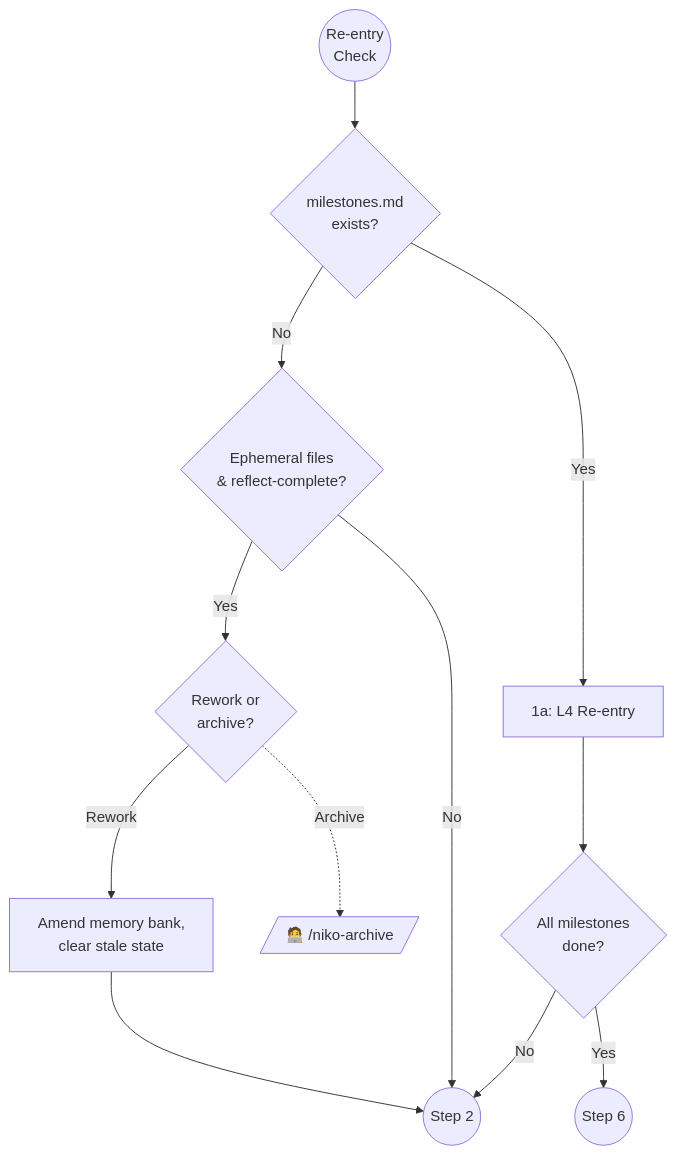
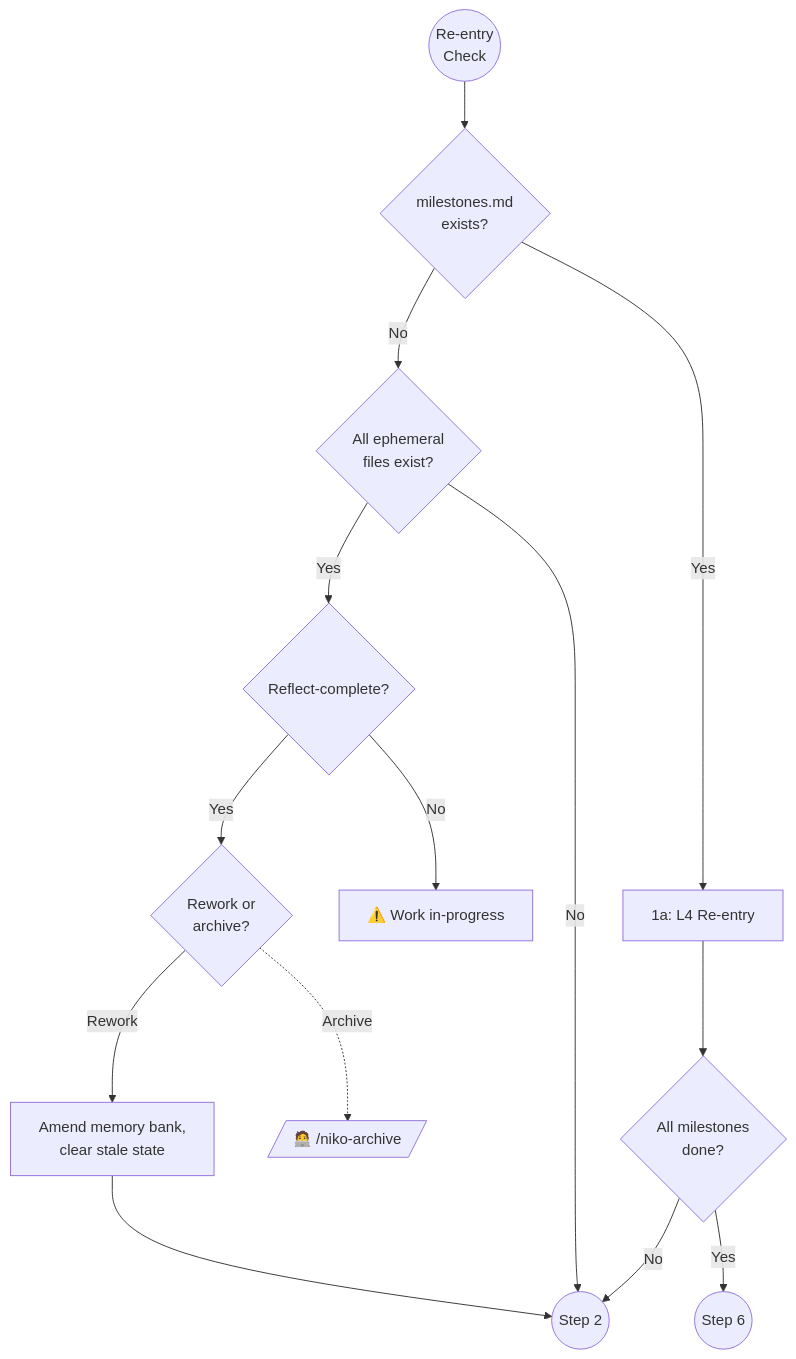
One commit to Texarkanine/.cursor-rules changed the first of 2 diagrams in rulesets/niko2/niko/core/complexity-analysis.mdc. Above: the diagram before and after it, drawn with Mermaid. The commit also changed other lines of this file, not shown here.

````diff
--- a/rulesets/niko2/niko/core/complexity-analysis.mdc
+++ b/rulesets/niko2/niko/core/complexity-analysis.mdc
@@ -13,14 +13,16 @@
 ```mermaid
 graph TD
     Start(("Re-entry<br>Check")) --> M{"milestones.md<br>exists?"}
-    M -->|"No"| R{"Ephemeral files<br>#amp; reflect-complete?"}
+    M -->|"No"| E{"All ephemeral<br>files exist?"}
     M -->|"Yes"| L4["1a: L4 Re-entry"]
     L4 --> AllDone{"All milestones<br>done?"}
     AllDone -->|"Yes"| Step6(("Step 6"))
     AllDone -->|"No"| Step2
-    R -->|"No"| Step2(("Step 2"))
-    R -->|"Yes"| Ask{"Rework or<br>archive?"}
+    E -->|"No"| Step2(("Step 2"))
+    E -->|"Yes"| RC{"Reflect-complete?"}
+    RC -->|"No"| Warn["⚠️ Work in-progress"]
+    RC -->|"Yes"| Ask{"Rework or<br>archive?"}
     Ask -.->|"Archive"| Archive[/"🧑‍💻 /niko-archive"/]
     Ask -->|"Rework"| Rework["Amend memory bank,<br>clear stale state"]
     Rework --> Step2
 ```
````
